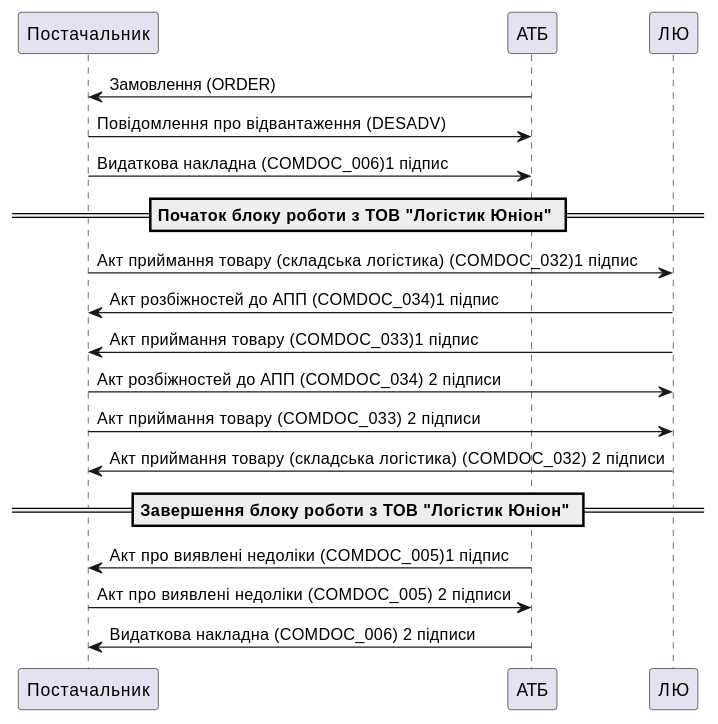
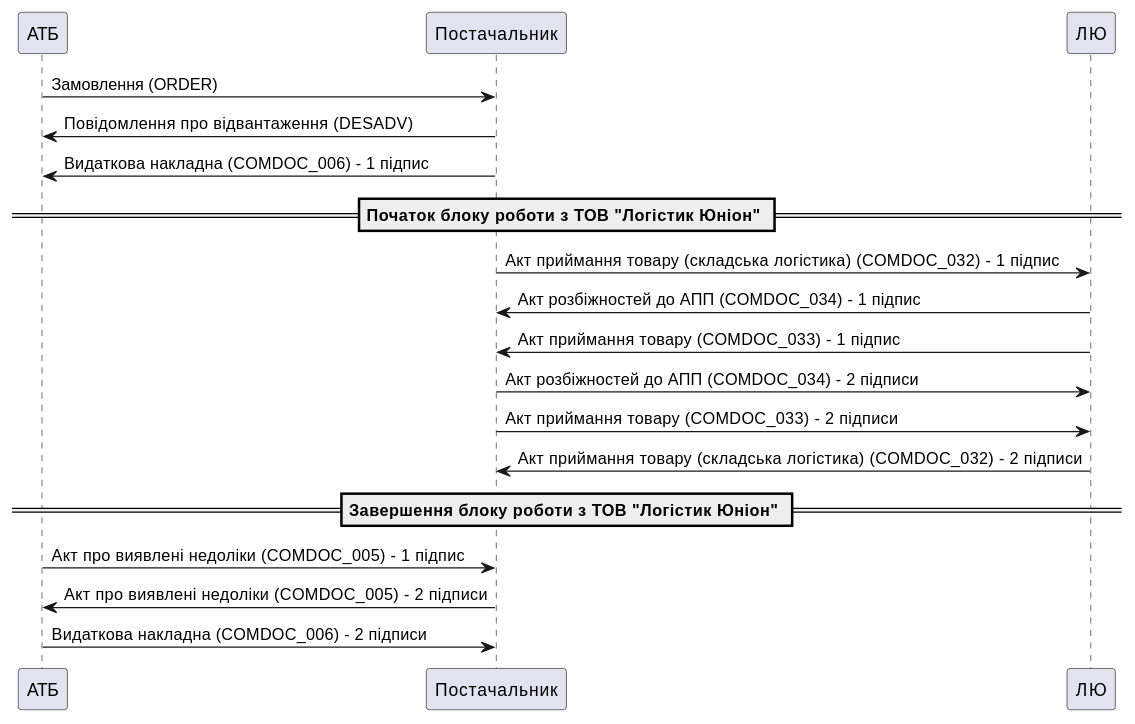
Before and after one commit to EDI-N/Docs_ua: the diagram in docs/RetailersLists/ATB/ATB_Instructions/ATB_external_EDI_instruction_post.rst, drawn with PlantUML. The commit also changed other lines of this file, not shown here.

```diff
--- a/docs/RetailersLists/ATB/ATB_Instructions/ATB_external_EDI_instruction_post.rst
+++ b/docs/RetailersLists/ATB/ATB_Instructions/ATB_external_EDI_instruction_post.rst
@@ -41,26 +41,26 @@
 .. uml::
    :scale: 100 %
    :align: center
 
    @startuml
 
-   Постачальник <- АТБ: Замовлення (ORDER)
-   Постачальник -> АТБ: Повідомлення про відвантаження (DESADV)
-   Постачальник -> АТБ: Видаткова накладна (COMDOC_006)1 підпис
+   АТБ -> Постачальник: Замовлення (ORDER)
+   АТБ <- Постачальник: Повідомлення про відвантаження (DESADV)
+   АТБ <- Постачальник: Видаткова накладна (COMDOC_006) - 1 підпис
 
    == Початок блоку роботи з ТОВ "Логістик Юніон" ==
 
-   Постачальник -> ЛЮ: Акт приймання товару (складська логістика) (COMDOC_032)1 підпис
-   Постачальник <- ЛЮ: Акт розбіжностей до АПП (COMDOC_034)1 підпис
-   Постачальник <- ЛЮ: Акт приймання товару (COMDOC_033)1 підпис
-   Постачальник -> ЛЮ: Акт розбіжностей до АПП (COMDOC_034) 2 підписи
-   Постачальник -> ЛЮ: Акт приймання товару (COMDOC_033) 2 підписи
-   Постачальник <- ЛЮ: Акт приймання товару (складська логістика) (COMDOC_032) 2 підписи
+   Постачальник -> ЛЮ: Акт приймання товару (складська логістика) (COMDOC_032) - 1 підпис
+   Постачальник <- ЛЮ: Акт розбіжностей до АПП (COMDOC_034) - 1 підпис
+   Постачальник <- ЛЮ: Акт приймання товару (COMDOC_033) - 1 підпис
+   Постачальник -> ЛЮ: Акт розбіжностей до АПП (COMDOC_034) - 2 підписи
+   Постачальник -> ЛЮ: Акт приймання товару (COMDOC_033) - 2 підписи
+   Постачальник <- ЛЮ: Акт приймання товару (складська логістика) (COMDOC_032) - 2 підписи
 
    == Завершення блоку роботи з ТОВ "Логістик Юніон" ==
 
-   Постачальник <- АТБ: Акт про виявлені недоліки (COMDOC_005)1 підпис
-   Постачальник -> АТБ: Акт про виявлені недоліки (COMDOC_005) 2 підписи
-   Постачальник <- АТБ: Видаткова накладна (COMDOC_006) 2 підписи
+   АТБ -> Постачальник: Акт про виявлені недоліки (COMDOC_005) - 1 підпис
+   АТБ <- Постачальник: Акт про виявлені недоліки (COMDOC_005) - 2 підписи
+   АТБ -> Постачальник: Видаткова накладна (COMDOC_006) - 2 підписи
 
    @enduml
```
